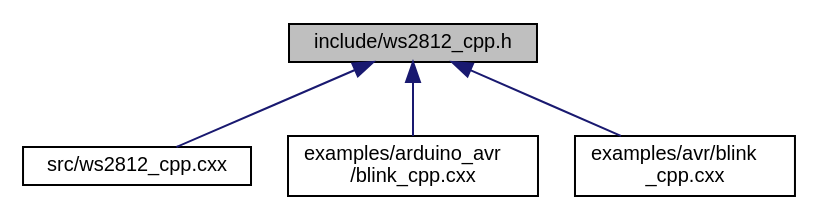
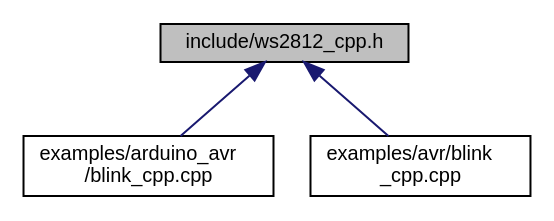
Before and after one commit to CTXz/TinyWS2812: the diagram in docs/ws2812__cpp_8h__dep__incl.dot, drawn with Graphviz. The commit also changed 167 other files, not shown here.

```diff
--- a/docs/ws2812__cpp_8h__dep__incl.dot
+++ b/docs/ws2812__cpp_8h__dep__incl.dot
@@ -1,13 +1,11 @@
 digraph "include/ws2812_cpp.h"
 {
  // LATEX_PDF_SIZE
   edge [fontname="Helvetica",fontsize="10",labelfontname="Helvetica",labelfontsize="10"];
   node [fontname="Helvetica",fontsize="10",shape=record];
   Node1 [label="include/ws2812_cpp.h",height=0.2,width=0.4,color="black", fillcolor="grey75", style="filled", fontcolor="black",tooltip="C++ Wrapper for the Tiny-WS2812 interface."];
   Node1 -> Node2 [dir="back",color="midnightblue",fontsize="10",style="solid",fontname="Helvetica"];
-  Node2 [label="src/ws2812_cpp.cxx",height=0.2,width=0.4,color="black", fillcolor="white", style="filled",URL="$ws2812__cpp_8cxx.html",tooltip="Defines functions for the Tiny-WS2812 C++ interface wrapper."];
+  Node2 [label="examples/arduino_avr\l/blink_cpp.cpp",height=0.2,width=0.4,color="black", fillcolor="white", style="filled",URL="$arduino__avr_2blink__cpp_8cpp.html",tooltip="C++ Wrapper implementation of blink_array.c"];
   Node1 -> Node3 [dir="back",color="midnightblue",fontsize="10",style="solid",fontname="Helvetica"];
-  Node3 [label="examples/arduino_avr\l/blink_cpp.cxx",height=0.2,width=0.4,color="black", fillcolor="white", style="filled",URL="$arduino__avr_2blink__cpp_8cxx.html",tooltip="C++ Wrapper implementation of blink_array.cxx"];
-  Node1 -> Node4 [dir="back",color="midnightblue",fontsize="10",style="solid",fontname="Helvetica"];
-  Node4 [label="examples/avr/blink\l_cpp.cxx",height=0.2,width=0.4,color="black", fillcolor="white", style="filled",URL="$avr_2blink__cpp_8cxx.html",tooltip="C++ Wrapper implementation of blink_array.cxx."];
+  Node3 [label="examples/avr/blink\l_cpp.cpp",height=0.2,width=0.4,color="black", fillcolor="white", style="filled",URL="$avr_2blink__cpp_8cpp.html",tooltip="C++ Wrapper implementation of blink_array.c."];
 }
```
